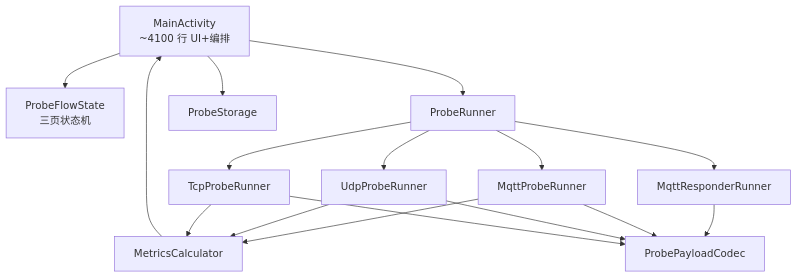
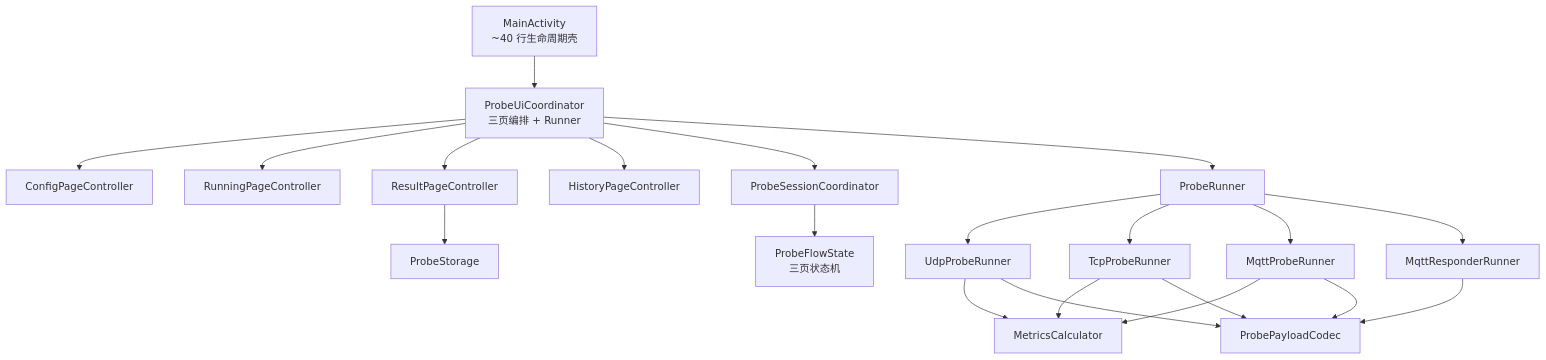
One commit to WooYu/MNTTest changed the first of 2 diagrams in docs/android-probe-as-is.md. Above: the diagram before and after it, drawn with Mermaid. The commit also changed other lines of this file and 137 other files, not shown here.

First line of the commit message:
refactor(android): 按职责拆分子包并拆薄 MainActivity

````diff
--- a/docs/android-probe-as-is.md
+++ b/docs/android-probe-as-is.md
@@ -29,22 +43,30 @@
 ```mermaid
 flowchart TB
-    MA["MainActivity<br/>~4100 行 UI+编排"]
+    MA["MainActivity<br/>~40 行生命周期壳"]
+    UIC["ProbeUiCoordinator<br/>三页编排 + Runner"]
+  CP["ConfigPageController"]
+  RP["RunningPageController"]
+  ResP["ResultPageController"]
+  HP["HistoryPageController"]
     FS["ProbeFlowState<br/>三页状态机"]
+    SC["ProbeSessionCoordinator"]
     PR["ProbeRunner"]
     UDP["UdpProbeRunner"]
     TCP["TcpProbeRunner"]
     MQTTP["MqttProbeRunner"]
     MQTTR["MqttResponderRunner"]
     MC["MetricsCalculator"]
     PC["ProbePayloadCodec"]
     PS["ProbeStorage"]
 
-    MA --> FS
-    MA --> PR
+    MA --> UIC
+    UIC --> CP & RP & ResP & HP
+    UIC --> SC
+    SC --> FS
+    UIC --> PR
     PR --> UDP & TCP & MQTTP & MQTTR
     MQTTP & UDP & TCP --> MC
     MQTTR --> PC
     MQTTP & UDP & TCP --> PC
-    MA --> PS
-    MC --> MA
+    ResP --> PS
 ```
````
